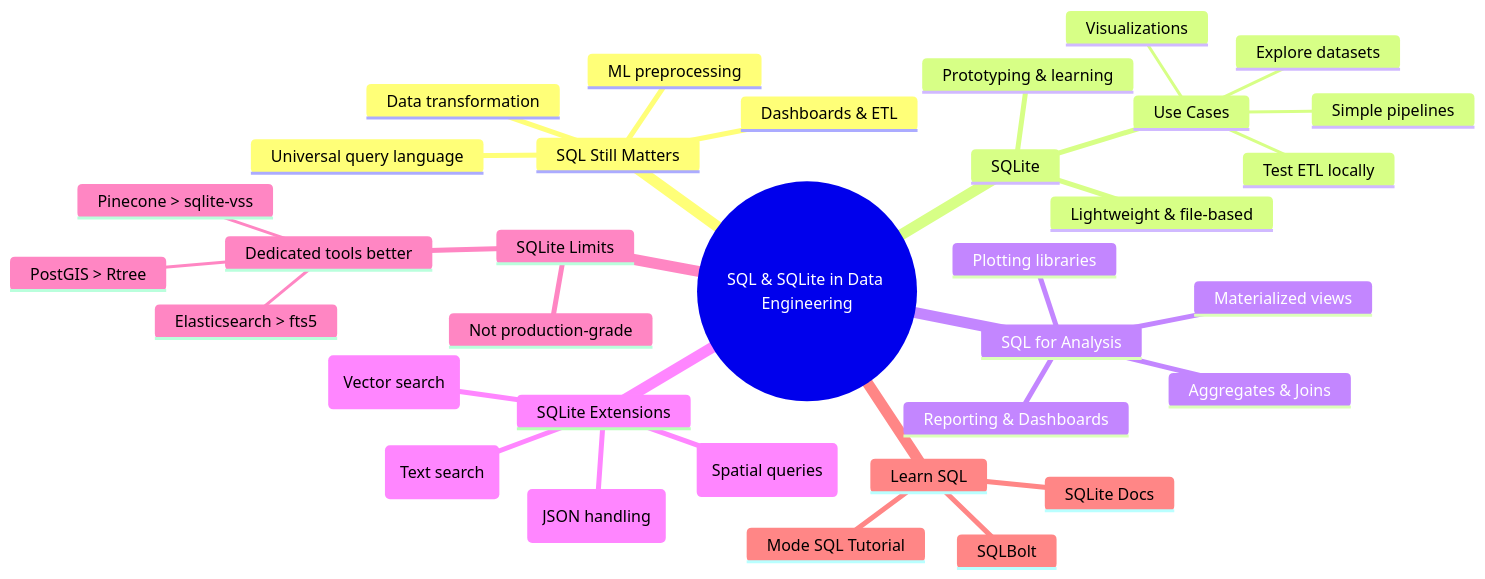
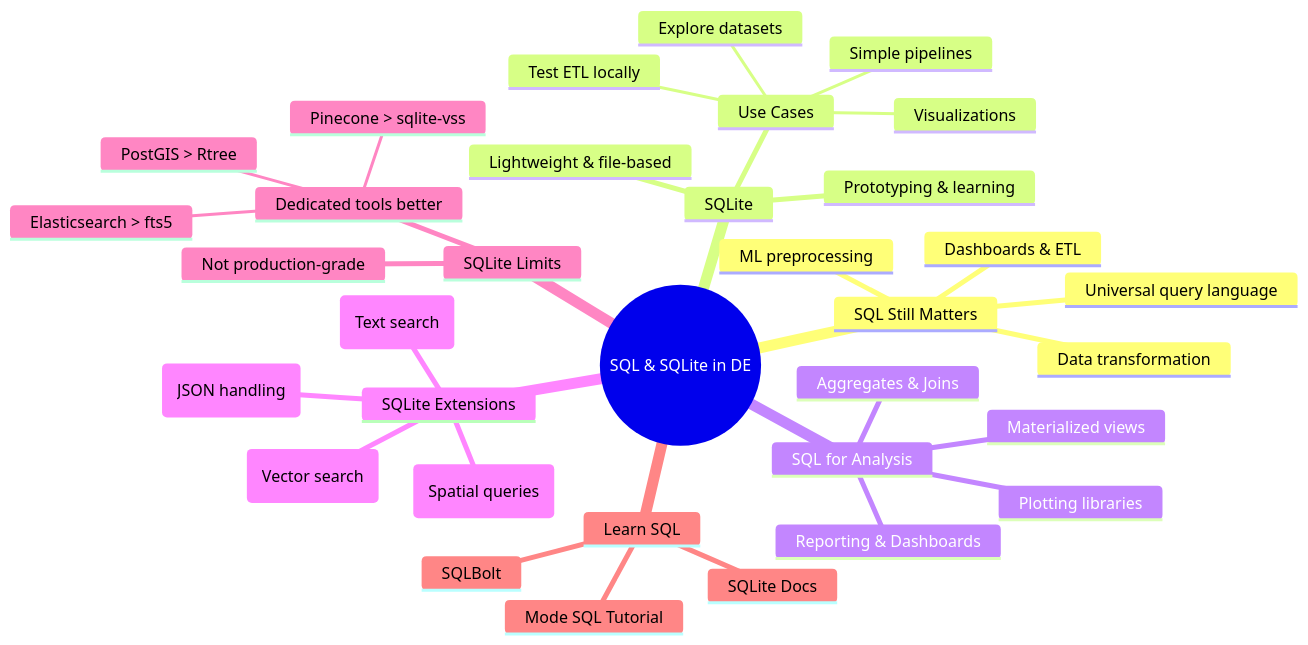
One commit to Raman7072/d_engineering changed the diagram in 2_Data_Engineering/2. SQL & SQLite/1. Intro.md. Above: the diagram before and after it, drawn with Mermaid.

Commit message:
Update 1. Intro.md

````diff
--- a/2_Data_Engineering/2. SQL & SQLite/1. Intro.md
+++ b/2_Data_Engineering/2. SQL & SQLite/1. Intro.md
@@ -108,37 +108,37 @@
 ```mermaid
 mindmap
-  root((SQL & SQLite in Data Engineering))
+  root((SQL & SQLite in DE))
     SQL Still Matters
       Universal query language
       Data transformation
       Dashboards & ETL
       ML preprocessing
     SQLite
       Lightweight & file-based
       Prototyping & learning
       Use Cases
         Test ETL locally
         Explore datasets
         Simple pipelines
         Visualizations
     SQL for Analysis
       Reporting & Dashboards
       Plotting libraries
       Materialized views
       Aggregates & Joins
     SQLite Extensions
       json1 (JSON handling)
       fts5 (Text search)
       Rtree (Spatial queries)
       sqlite-vss (Vector search)
     SQLite Limits
       Not production-grade
       Dedicated tools better
         PostGIS > Rtree
         Elasticsearch > fts5
         Pinecone > sqlite-vss
     Learn SQL
       Mode SQL Tutorial
       SQLBolt
       SQLite Docs
 ```
````
